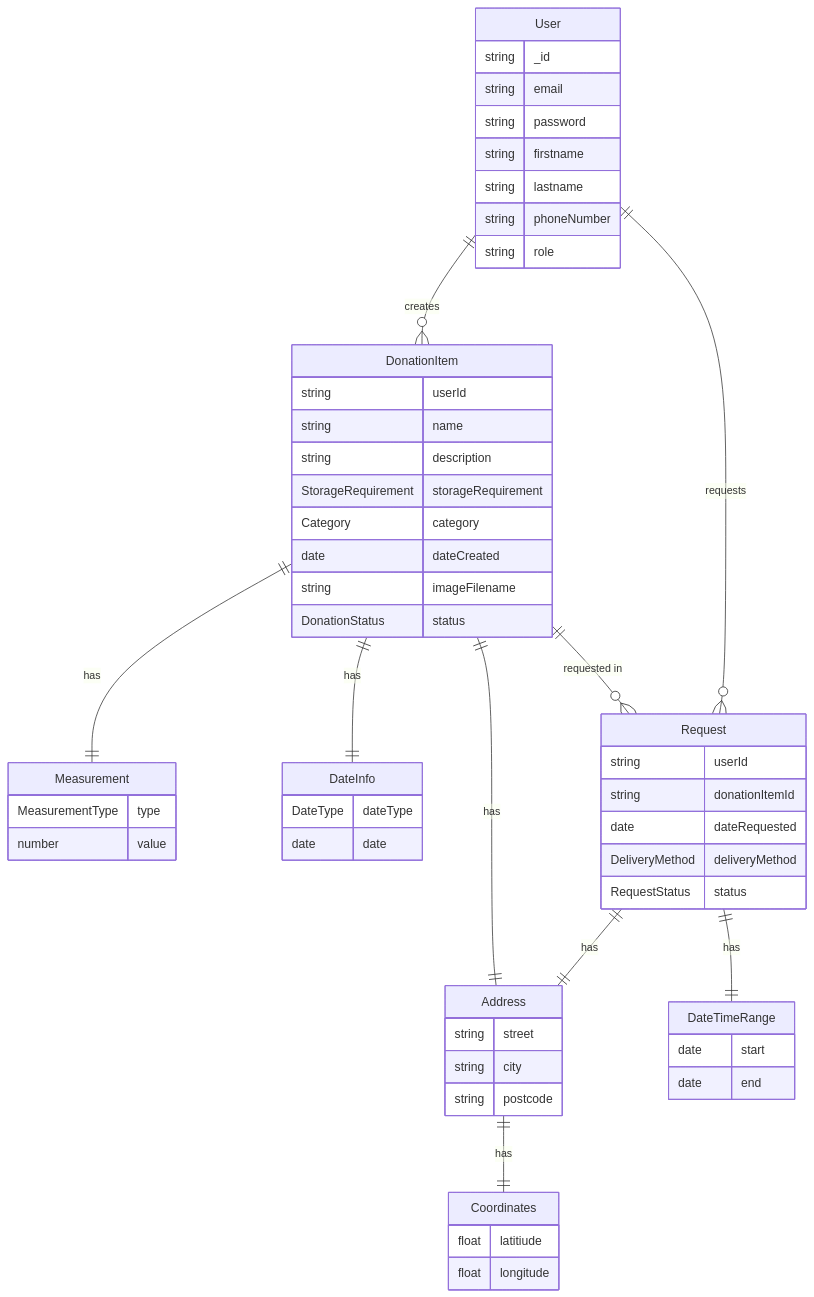
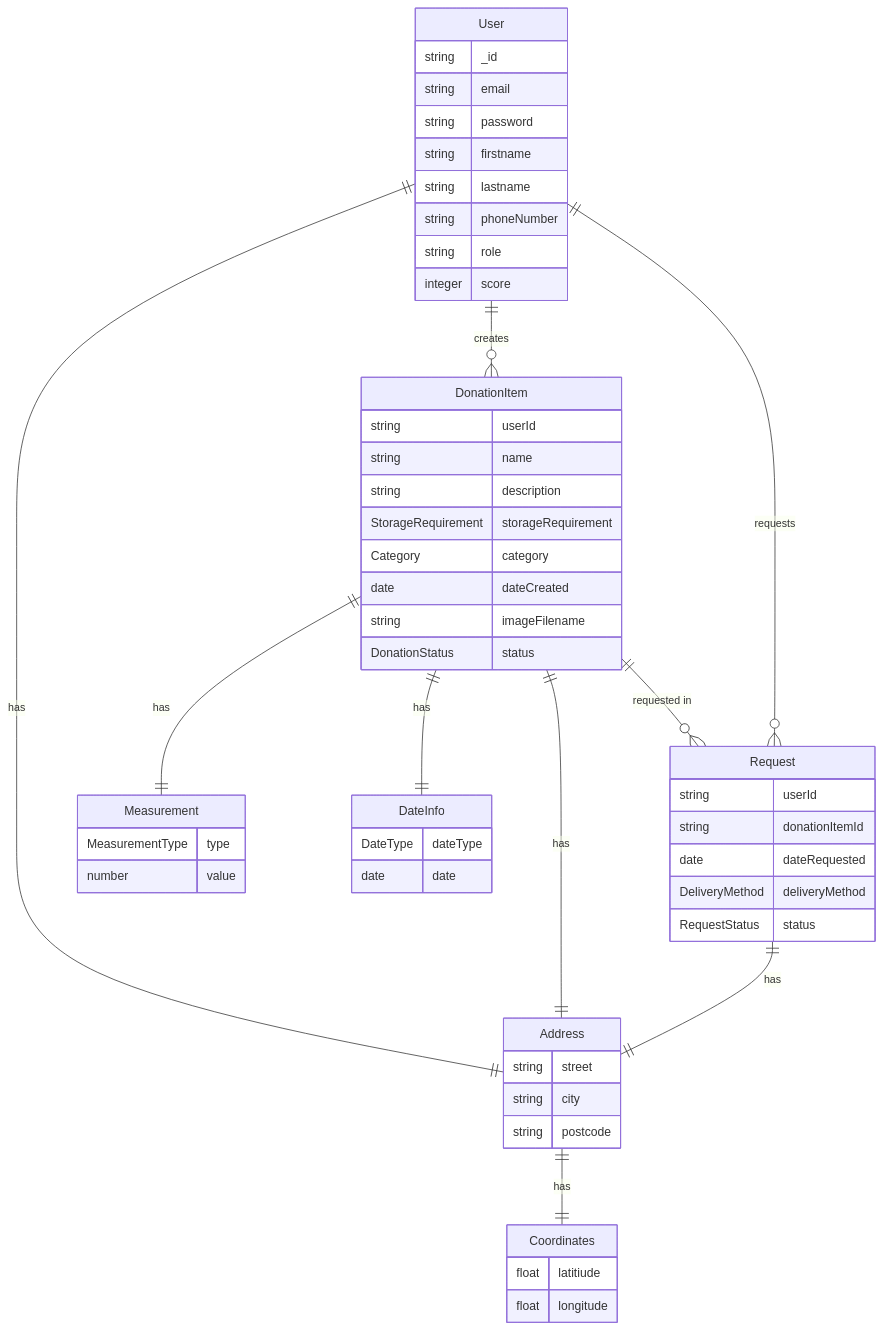
One commit to fl3my/spn-share-app changed the diagram in README.md. Above: the diagram before and after it, drawn with Mermaid. The commit also changed other lines of this file and 1 other file, not shown here.

````diff
--- a/README.md
+++ b/README.md
@@ -7,60 +68,56 @@
 ```mermaid
     erDiagram
+    User ||--|| Address : has
     User ||--o{ DonationItem : "creates"
     User {
         string _id
         string email
         string password
         string firstname
         string lastname
         string phoneNumber
         string role
+        integer score
     }
     DonationItem ||--|| Measurement : has
     DonationItem ||--|| DateInfo : has
     DonationItem ||--|| Address : has
     DonationItem {
         string userId
         string name
         string description
         StorageRequirement storageRequirement
         Category category
         date dateCreated
         string imageFilename
         DonationStatus status
     }
     Measurement {
         MeasurementType type
         number value
     }
     DateInfo {
         DateType dateType
         date date
     }
     User ||--o{ Request : "requests"
     DonationItem ||--o{ Request : "requested in"
     Request ||--|| Address : has
     Address ||--|| Coordinates : has
-    Request ||--|| DateTimeRange : has
-
     Request {
         string userId
         string donationItemId
         date dateRequested
         DeliveryMethod deliveryMethod
         RequestStatus status
     }
     Address {
         string street
         string city
         string postcode
     }
     Coordinates {
         float latitiude
         float longitude
     }
-    DateTimeRange {
-        date start
-        date end
-    }
 ```
````
